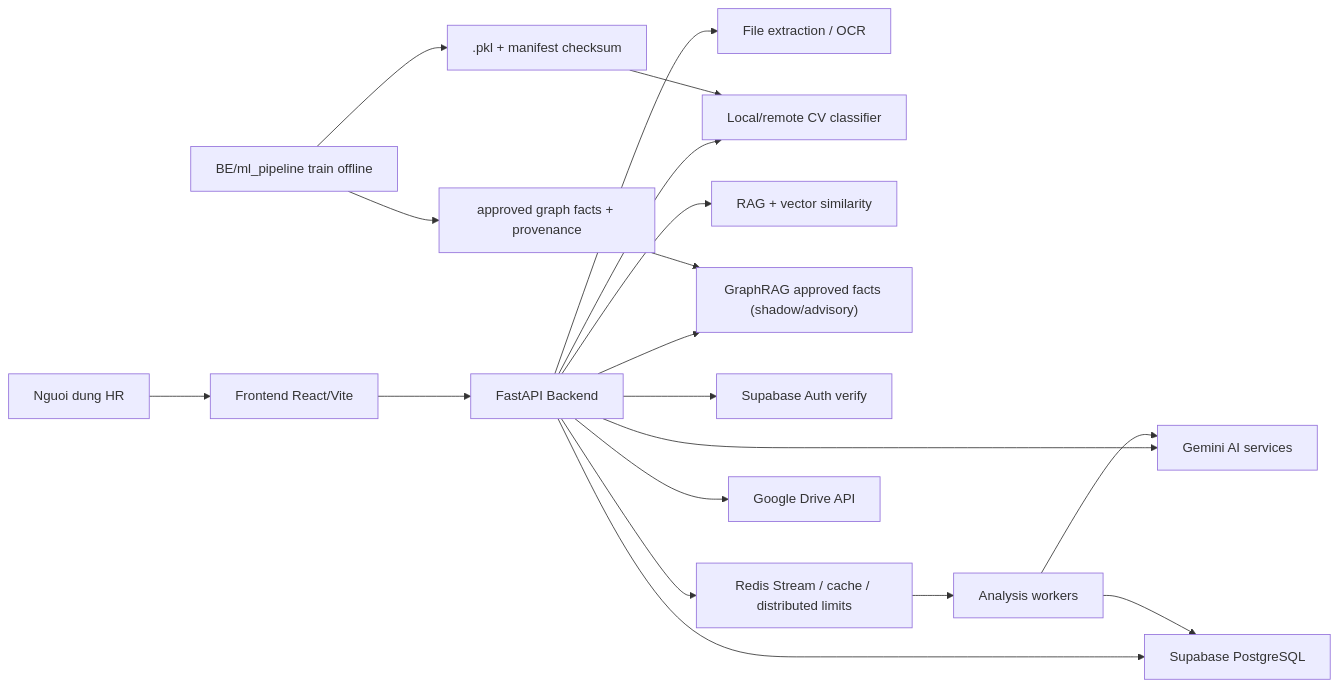
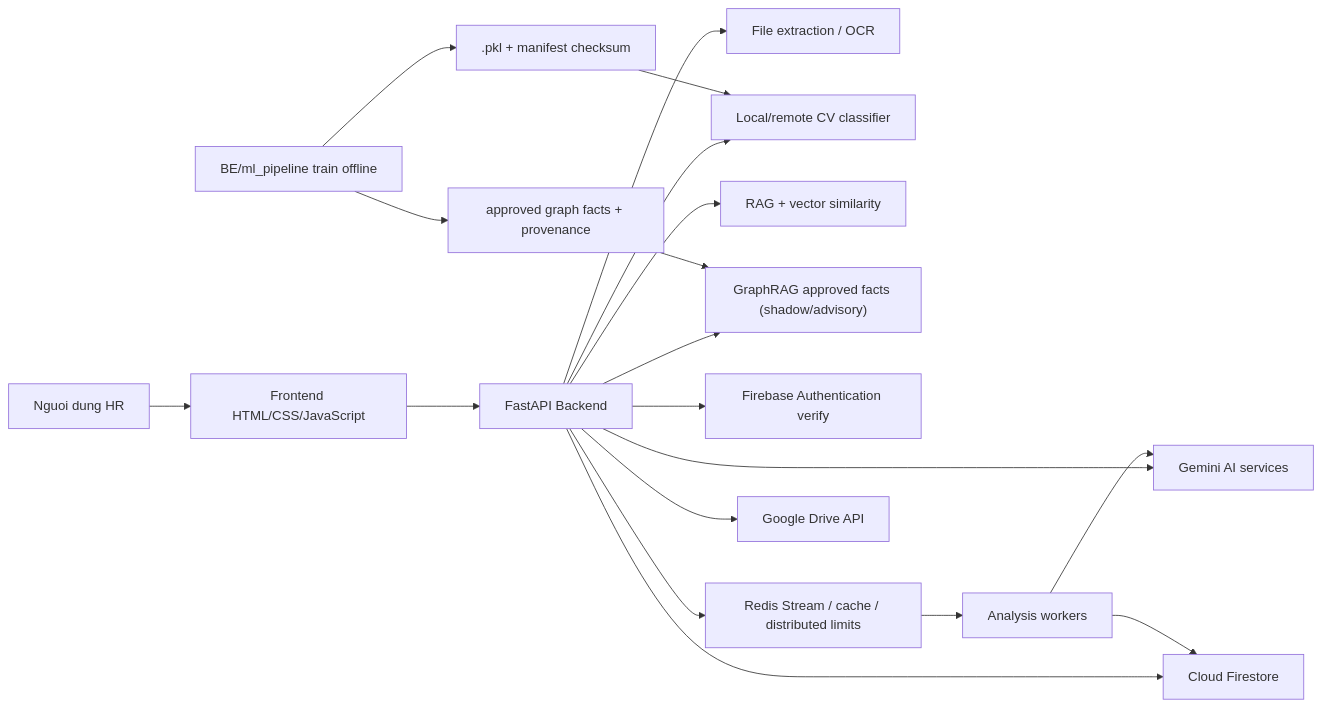
The first of 4 diagrams in Document/01-Tai-Lieu-Du-An/02-kien-truc-he-thong.md (TechFutureAIFPT/TechFutureAI), drawn with Mermaid before and after one commit. The commit also changed other lines of this file and 38 other files, not shown here.

````diff
--- a/Document/01-Tai-Lieu-Du-An/02-kien-truc-he-thong.md
+++ b/Document/01-Tai-Lieu-Du-An/02-kien-truc-he-thong.md
@@ -30,23 +30,23 @@
 ```mermaid
 flowchart LR
-    U["Nguoi dung HR"] --> FE["Frontend React/Vite"]
+    U["Nguoi dung HR"] --> FE["Frontend HTML/CSS/JavaScript"]
     FE --> API["FastAPI Backend"]
 
     API --> OCR["File extraction / OCR"]
     API --> AI["Gemini AI services"]
     API --> CLS["Local/remote CV classifier"]
     API --> RAG["RAG + vector similarity"]
     API --> GRAPH["GraphRAG approved facts (shadow/advisory)"]
-    API --> AUTH["Supabase Auth verify"]
-    API --> DB["Supabase PostgreSQL"]
+    API --> AUTH["Firebase Authentication verify"]
+    API --> DB["Cloud Firestore"]
     API --> REDIS["Redis Stream / cache / distributed limits"]
     REDIS --> WORKER["Analysis workers"]
     WORKER --> AI
     WORKER --> DB
     API --> GD["Google Drive API"]
 
     ML["BE/ml_pipeline train offline"] --> ART[".pkl + manifest checksum"]
     ML --> GART["approved graph facts + provenance"]
     ART --> CLS
     GART --> GRAPH
 ```
````
